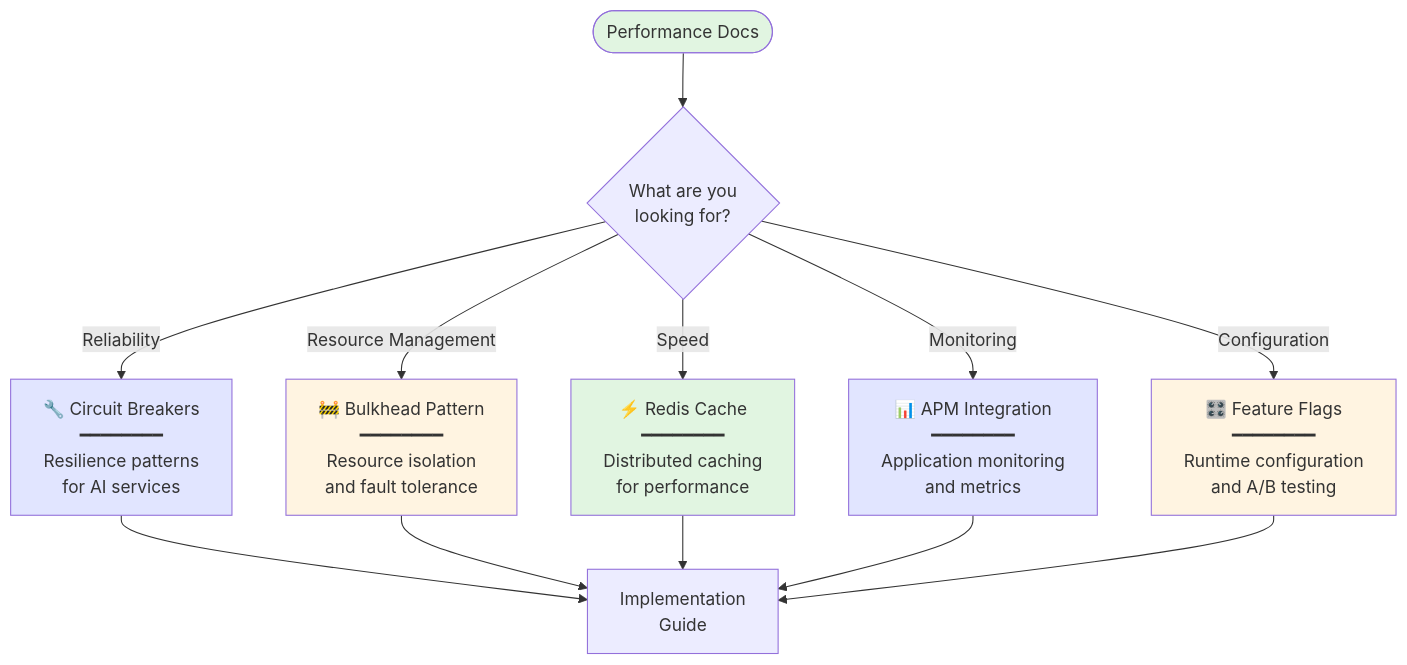
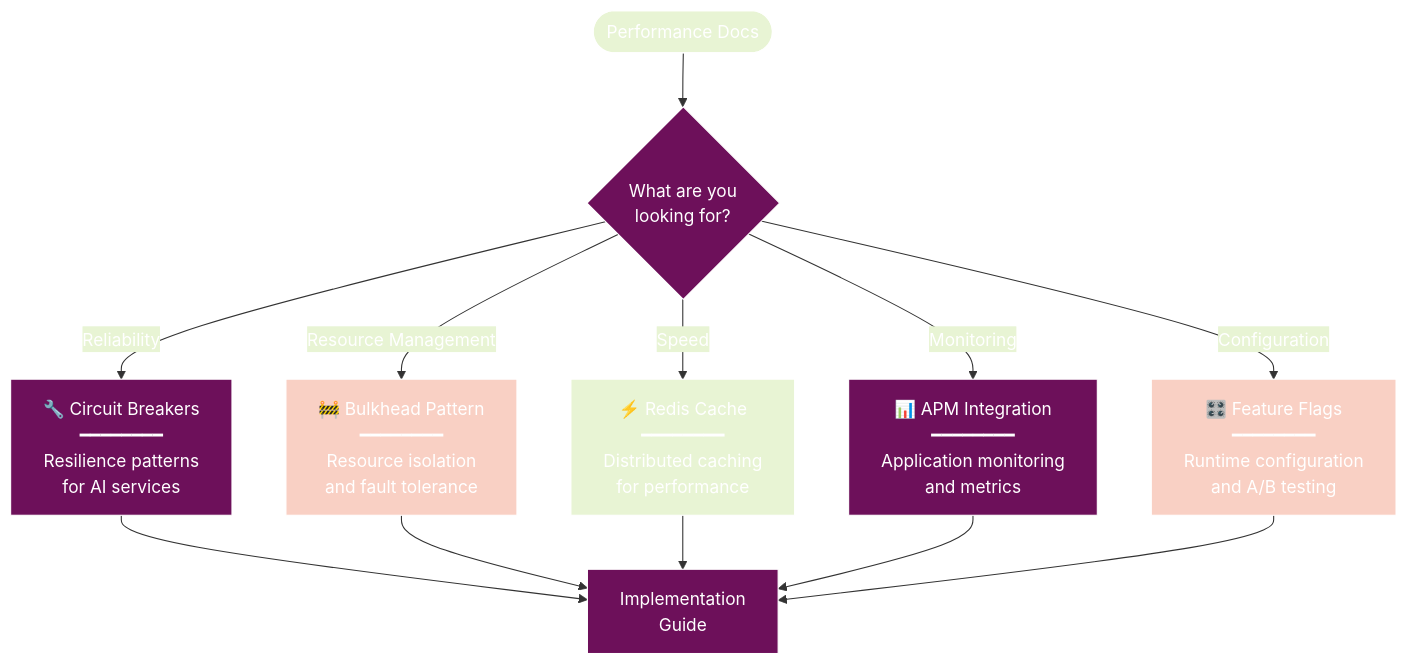
The diagram in docs/performance/README.md (radicalkjax/Athena), drawn with Mermaid before and after one commit. The commit also changed 27 other files, not shown here.

Commit message:
Introduction of expo package manager. Updated docs to reflect changes. Unified mermaid theme for docs.

````diff
--- a/docs/performance/README.md
+++ b/docs/performance/README.md
@@ -14,27 +14,48 @@
 ```mermaid
+%%{init: {
+  'theme': 'base',
+  'themeVariables': {
+    'primaryColor': '#6d105a',
+    'primaryTextColor': '#ffffff',
+    'primaryBorderColor': '#ffffff',
+    'lineColor': '#333333',
+    'secondaryColor': '#e8f4d4',
+    'secondaryTextColor': '#333333',
+    'secondaryBorderColor': '#333333',
+    'tertiaryColor': '#f9d0c4',
+    'tertiaryTextColor': '#333333',
+    'tertiaryBorderColor': '#333333',
+    'background': '#ffffff',
+    'mainBkg': '#6d105a',
+    'secondBkg': '#e8f4d4',
+    'tertiaryBkg': '#f9d0c4',
+    'textColor': '#333333',
+    'fontFamily': 'Arial, sans-serif'
+  }
+}}%%
 flowchart TD
     Start([Performance Docs]) --> Patterns{What are you<br/>looking for?}
     
     Patterns -->|Reliability| CB[🔧 Circuit Breakers<br/>━━━━━━━━<br/>Resilience patterns<br/>for AI services]
     
     Patterns -->|Resource Management| BH[🚧 Bulkhead Pattern<br/>━━━━━━━━<br/>Resource isolation<br/>and fault tolerance]
     
     Patterns -->|Speed| Cache[⚡ Redis Cache<br/>━━━━━━━━<br/>Distributed caching<br/>for performance]
     
     Patterns -->|Monitoring| APM[📊 APM Integration<br/>━━━━━━━━<br/>Application monitoring<br/>and metrics]
     
     Patterns -->|Configuration| FF[🎛️ Feature Flags<br/>━━━━━━━━<br/>Runtime configuration<br/>and A/B testing]
     
     CB --> Impl[Implementation<br/>Guide]
     BH --> Impl
     Cache --> Impl
     APM --> Impl
     FF --> Impl
     
-    style Start fill:#e1f5e1
-    style CB fill:#e1e5ff
-    style BH fill:#fff4e1
-    style Cache fill:#e1f5e1
-    style APM fill:#e1e5ff
-    style FF fill:#fff4e1
+    style Start fill:#e8f4d4
+    style CB fill:#6d105a
+    style BH fill:#f9d0c4
+    style Cache fill:#e8f4d4
+    style APM fill:#6d105a
+    style FF fill:#f9d0c4
 ```
````
